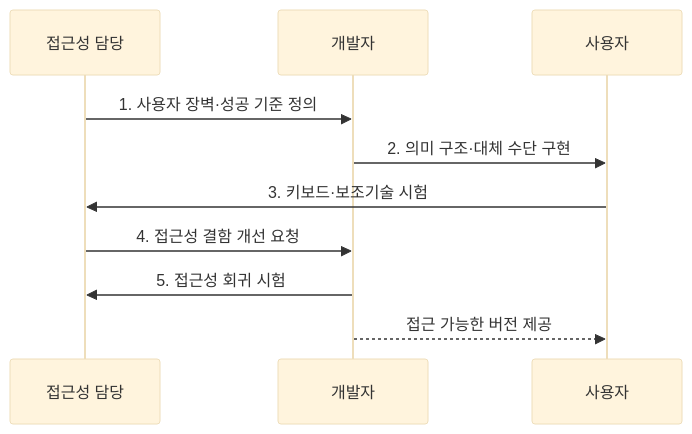
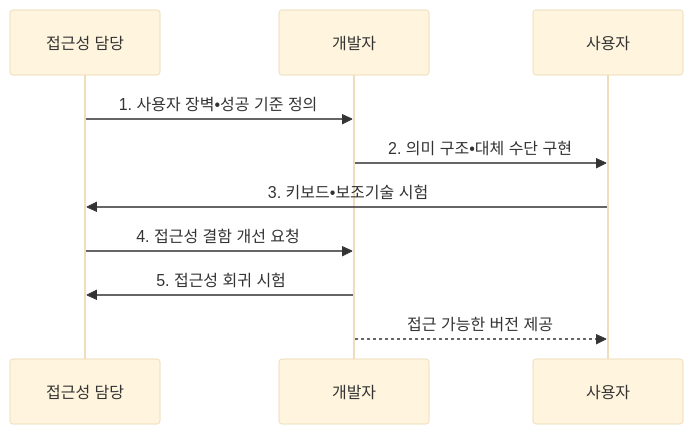
Before and after one commit to agnusdei1207/knowledge-base: the second of 2 diagrams in src/content/docs/notes/07-law-policy/013_digital_accessibility_wcag.md, drawn with Mermaid (base theme). The commit also changed other lines of this file and 953 other files, not shown here.

````diff
--- a/src/content/docs/notes/07-law-policy/013_digital_accessibility_wcag.md
+++ b/src/content/docs/notes/07-law-policy/013_digital_accessibility_wcag.md
@@ -108,12 +108,12 @@
 ```mermaid
 sequenceDiagram
     participant A as 접근성 담당
     participant D as 개발자
     participant U as 사용자
-    A->>D: 1. 사용자 장벽·성공 기준 정의
-    D->>U: 2. 의미 구조·대체 수단 구현
-    U->>A: 3. 키보드·보조기술 시험
+    A->>D: 1. 사용자 장벽•성공 기준 정의
+    D->>U: 2. 의미 구조•대체 수단 구현
+    U->>A: 3. 키보드•보조기술 시험
     A->>D: 4. 접근성 결함 개선 요청
     D->>A: 5. 접근성 회귀 시험
     D-->>U: 접근 가능한 버전 제공
 ```
````
